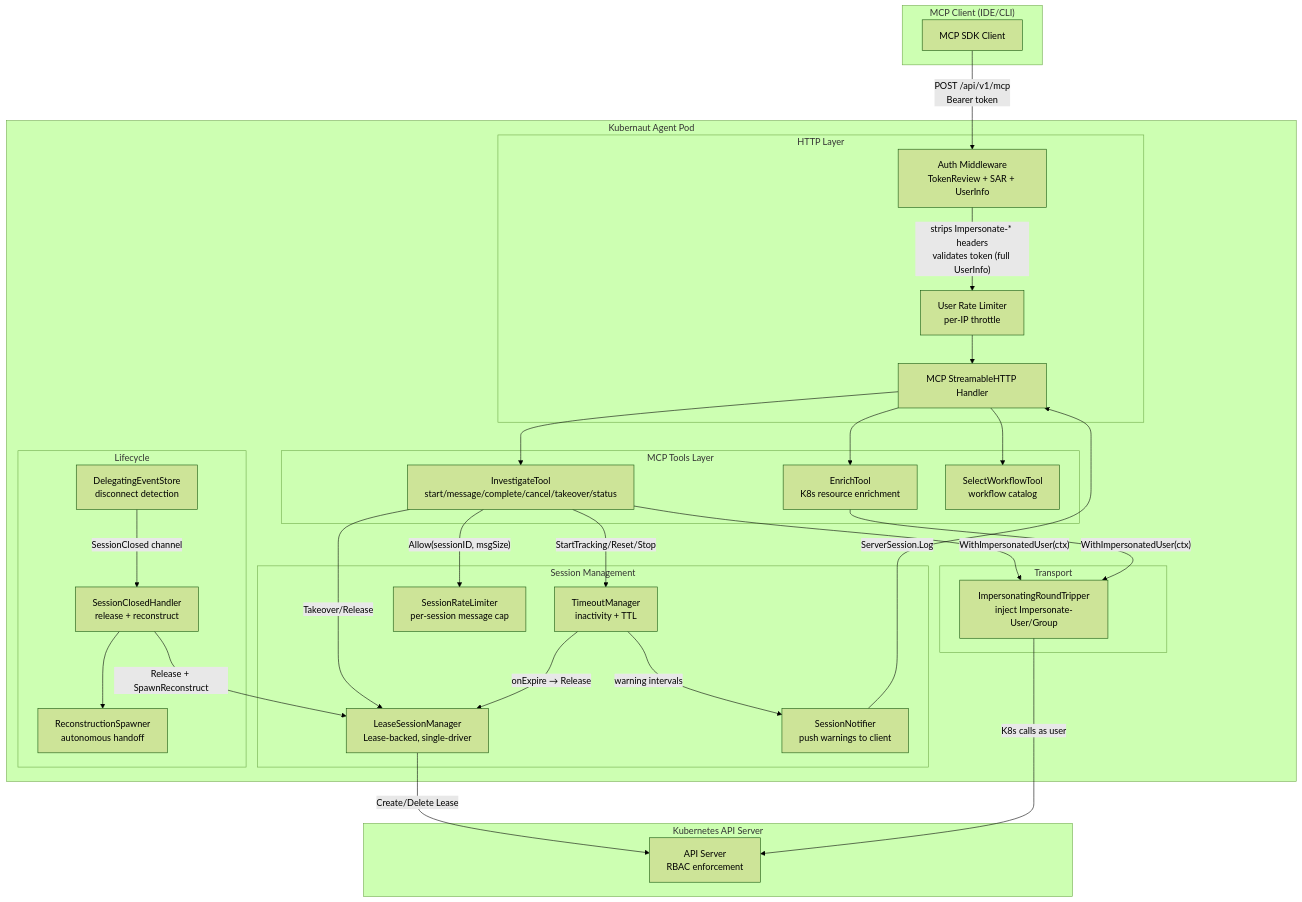
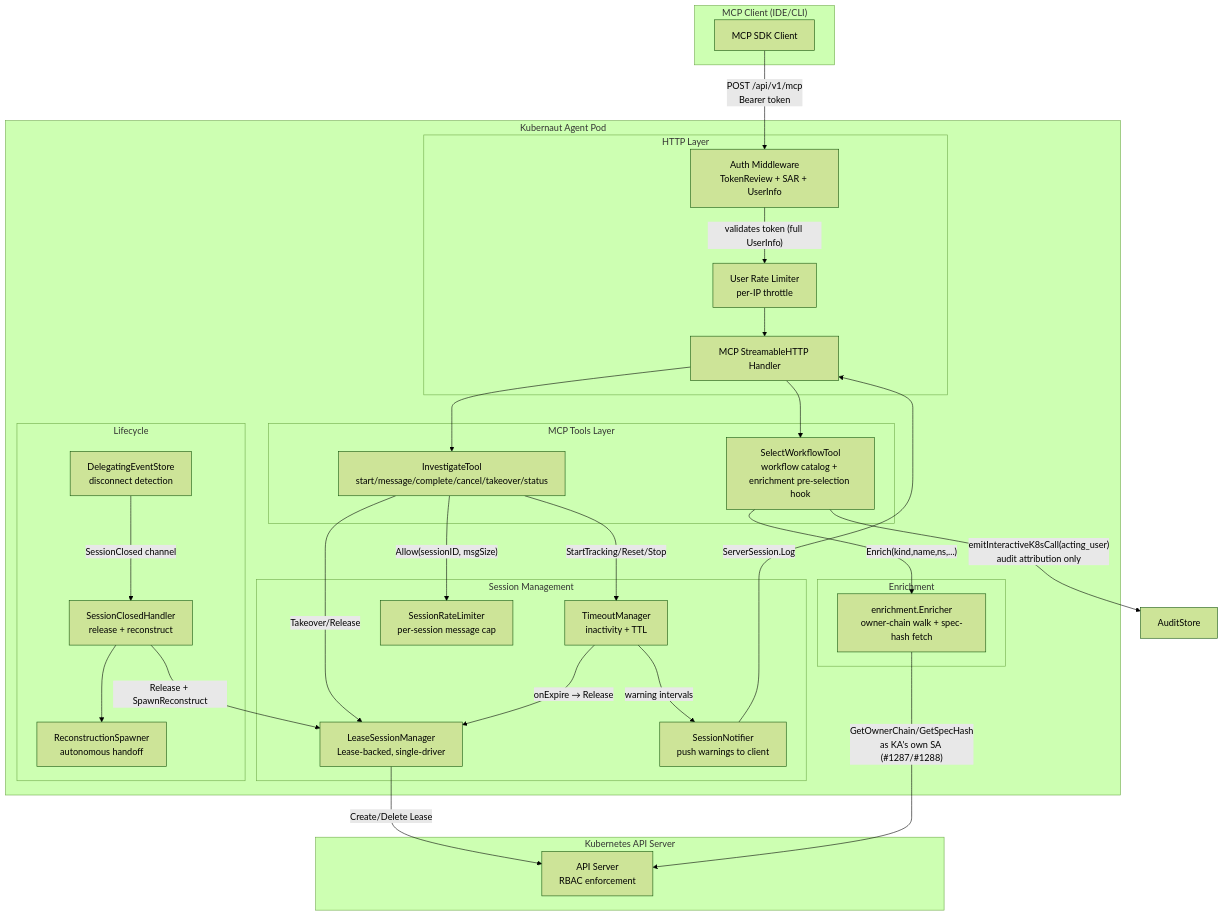
The first of 4 diagrams in docs/architecture/INTERACTIVE_MODE_ARCHITECTURE.md (jordigilh/kubernaut), drawn with Mermaid (forest theme) before and after one commit. The commit also changed other lines of this file and 26 other files, not shown here.

````diff
--- a/docs/architecture/INTERACTIVE_MODE_ARCHITECTURE.md
+++ b/docs/architecture/INTERACTIVE_MODE_ARCHITECTURE.md
@@ -5,65 +5,64 @@
 ```mermaid
 graph TB
     subgraph "MCP Client (IDE/CLI)"
         C[MCP SDK Client]
     end
 
     subgraph "Kubernaut Agent Pod"
         subgraph "HTTP Layer"
             MW[Auth Middleware<br/>TokenReview + SAR + UserInfo]
             RL[User Rate Limiter<br/>per-IP throttle]
             MH[MCP StreamableHTTP Handler]
         end
 
         subgraph "MCP Tools Layer"
             IT[InvestigateTool<br/>start/message/complete/cancel/takeover/status]
-            ET[EnrichTool<br/>K8s resource enrichment]
-            SWT[SelectWorkflowTool<br/>workflow catalog]
+            SWT[SelectWorkflowTool<br/>workflow catalog + enrichment pre-selection hook]
+        end
+
+        subgraph "Enrichment"
+            ENR[enrichment.Enricher<br/>owner-chain walk + spec-hash fetch]
         end
 
         subgraph "Session Management"
             LSM[LeaseSessionManager<br/>Lease-backed, single-driver]
             TM[TimeoutManager<br/>inactivity + TTL]
             SN[SessionNotifier<br/>push warnings to client]
             SRL[SessionRateLimiter<br/>per-session message cap]
         end
 
         subgraph "Lifecycle"
             DES[DelegatingEventStore<br/>disconnect detection]
             SCH[SessionClosedHandler<br/>release + reconstruct]
             RS[ReconstructionSpawner<br/>autonomous handoff]
         end
-
-        subgraph "Transport"
-            IRT[ImpersonatingRoundTripper<br/>inject Impersonate-User/Group]
-        end
     end
 
     subgraph "Kubernetes API Server"
         K8S[API Server<br/>RBAC enforcement]
     end
 
     C -->|"POST /api/v1/mcp<br/>Bearer token"| MW
-    MW -->|"strips Impersonate-* headers<br/>validates token (full UserInfo)"| RL
+    MW -->|"validates token (full UserInfo)"| RL
     RL --> MH
     MH --> IT
-    MH --> ET
     MH --> SWT
 
     IT -->|"Takeover/Release"| LSM
     IT -->|"StartTracking/Reset/Stop"| TM
     IT -->|"Allow(sessionID, msgSize)"| SRL
-    IT -->|"WithImpersonatedUser(ctx)"| IRT
-    ET -->|"WithImpersonatedUser(ctx)"| IRT
+
+    SWT -->|"Enrich(kind,name,ns,...)"| ENR
+    SWT -->|"emitInteractiveK8sCall(acting_user)<br/>audit attribution only"| AUD[AuditStore]
 
     TM -->|"onExpire → Release"| LSM
     TM -->|"warning intervals"| SN
     SN -->|"ServerSession.Log"| MH
 
     DES -->|"SessionClosed channel"| SCH
     SCH -->|"Release + SpawnReconstruct"| LSM
     SCH --> RS
 
     LSM -->|"Create/Delete Lease"| K8S
-    IRT -->|"K8s calls as user"| K8S
+    ENR -->|"GetOwnerChain/GetSpecHash<br/>as KA's own SA (#1287/#1288)"| K8S
 ```
````
